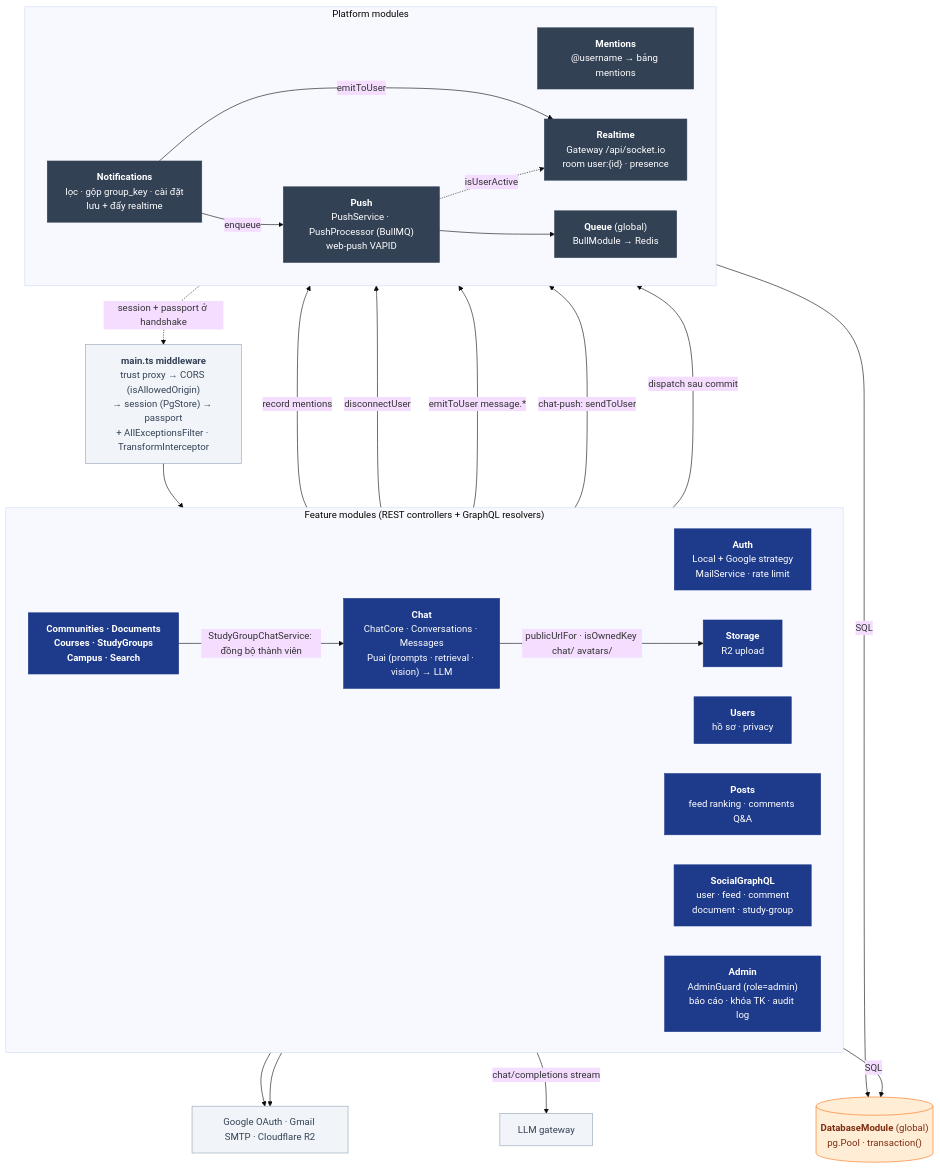
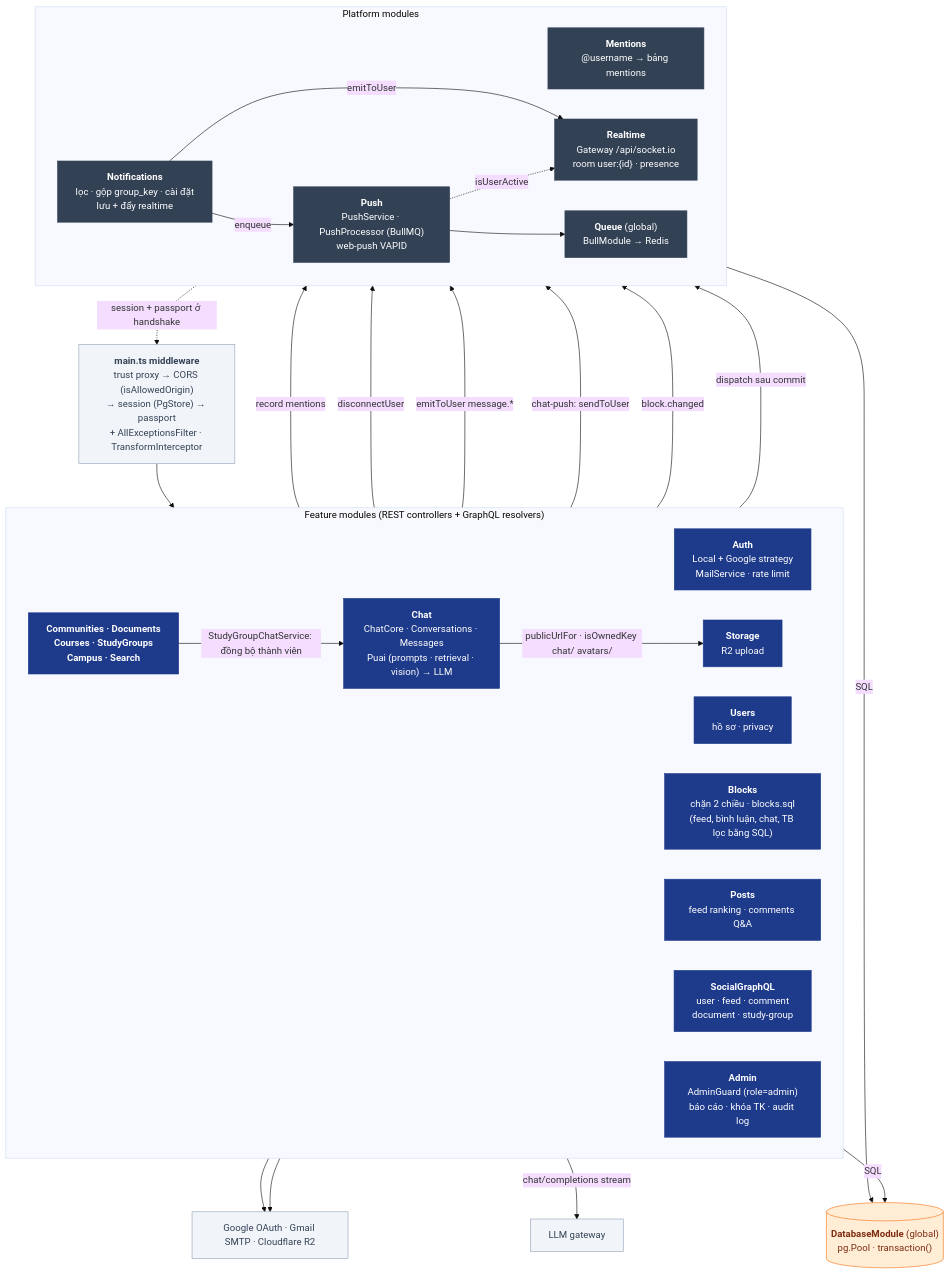
The diagram in docs/diagrams/03-api-components.md (nhatcoi/pu-connect), drawn with Mermaid (base theme) before and after one commit. The commit also changed other lines of this file and 4 other files, not shown here.

Commit message:
docs(blocks): document user blocking, ERD and diagrams

````diff
--- a/docs/diagrams/03-api-components.md
+++ b/docs/diagrams/03-api-components.md
@@ -7,53 +7,55 @@
 ```mermaid
 flowchart TB
   mw["<b>main.ts middleware</b><br/>trust proxy → CORS (isAllowedOrigin)<br/>→ session (PgStore) → passport<br/>+ AllExceptionsFilter · TransformInterceptor"]
 
   subgraph Feature["Feature modules (REST controllers + GraphQL resolvers)"]
     direction LR
     auth["<b>Auth</b><br/>Local + Google strategy<br/>MailService · rate limit"]
     users["<b>Users</b><br/>hồ sơ · privacy"]
+    blocks["<b>Blocks</b><br/>chặn 2 chiều · blocks.sql<br/>(feed, bình luận, chat, TB lọc bằng SQL)"]
     posts["<b>Posts</b><br/>feed ranking · comments Q&A"]
     gql["<b>SocialGraphQL</b><br/>user · feed · comment<br/>document · study-group"]
     others["<b>Communities · Documents<br/>Courses · StudyGroups<br/>Campus · Search</b>"]
     storage["<b>Storage</b><br/>R2 upload"]
     admin["<b>Admin</b><br/>AdminGuard (role=admin)<br/>báo cáo · khóa TK · audit log"]
     chat["<b>Chat</b><br/>ChatCore · Conversations · Messages<br/>Puai (prompts · retrieval · vision) → LLM"]
   end
 
   subgraph Platform["Platform modules"]
     direction LR
     mentions["<b>Mentions</b><br/>@username → bảng mentions"]
     notif["<b>Notifications</b><br/>lọc · gộp group_key · cài đặt<br/>lưu + đẩy realtime"]
     rt["<b>Realtime</b><br/>Gateway /api/socket.io<br/>room user:{id} · presence"]
     push["<b>Push</b><br/>PushService · PushProcessor (BullMQ)<br/>web-push VAPID"]
     queue["<b>Queue</b> (global)<br/>BullModule → Redis"]
   end
 
   db[("<b>DatabaseModule</b> (global)<br/>pg.Pool · transaction()")]
   ext["Google OAuth · Gmail SMTP · Cloudflare R2"]
 
   mw --> Feature
   posts -->|record mentions| mentions
   Feature -->|dispatch sau commit| notif -->|emitToUser| rt
   notif -->|enqueue| push --> queue
   push -. isUserActive .-> rt
   rt -. session + passport ở handshake .-> mw
   Feature -->|SQL| db
   Platform -->|SQL| db
   auth & storage --> ext
   admin -->|disconnectUser| rt
   chat -->|emitToUser message.*| rt
   chat -->|chat-push: sendToUser| push
   chat -->|chat/completions stream| llm["LLM gateway"]
   chat -->|publicUrlFor · isOwnedKey chat/ avatars/| storage
   others -->|StudyGroupChatService: đồng bộ thành viên| chat
+  blocks -->|block.changed| rt
 
   classDef mod fill:#1e3a8a,stroke:#1e3a8a,color:#fff
   classDef plat fill:#334155,stroke:#334155,color:#fff
   classDef store fill:#ffedd5,stroke:#f97316,color:#7c2d12
   classDef external fill:#f1f5f9,stroke:#94a3b8,color:#334155
-  class auth,users,posts,communities,others,storage,gql,admin,chat mod
+  class auth,users,blocks,posts,communities,others,storage,gql,admin,chat mod
   class mentions,notif,rt,push,queue plat
   class db store
   class ext,mw,llm external
 ```
````
